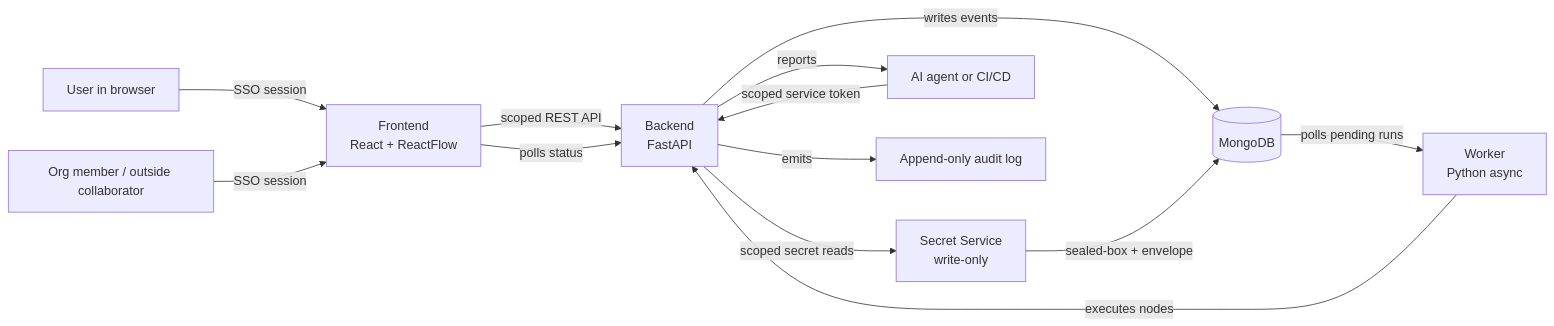
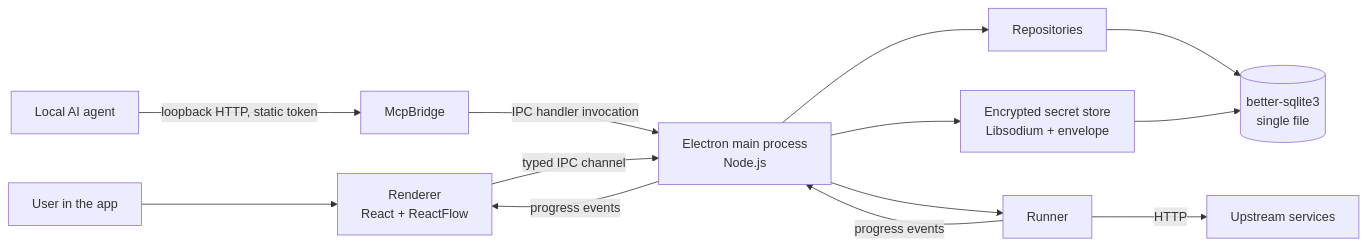
One commit to Kaysharp42/apiweave changed the diagram in docs/reference/architecture.md. Above: the diagram before and after it, drawn with Mermaid. The commit also changed other lines of this file and 21 other files, not shown here.

Commit message:
docs(desktop-25): rewrite all docs for local-first desktop app (drop SSO/webhooks/audit/deployment)

````diff
--- a/docs/reference/architecture.md
+++ b/docs/reference/architecture.md
@@ -11,15 +11,15 @@
 ```mermaid
 graph LR
-    User[User in browser] -->|SSO session| Frontend
-    OrgMember[Org member / outside collaborator] -->|SSO session| Frontend
-    Frontend[Frontend<br/>React + ReactFlow] -->|scoped REST API| Backend
-    Backend[Backend<br/>FastAPI] -->|writes events| MongoDB[(MongoDB)]
-    MongoDB -->|polls pending runs| Worker[Worker<br/>Python async]
-    Worker -->|executes nodes| Backend
-    Backend -->|scoped secret reads| SecretService[Secret Service<br/>write-only]
-    SecretService -->|sealed-box + envelope| MongoDB
-    Frontend -->|polls status| Backend
-    Agent[AI agent or CI/CD] -->|scoped service token| Backend
-    Backend -->|emits| Audit[Append-only audit log]
-    Backend -->|reports| Agent
+    User[User in the app] --> Renderer
+    Agent[Local AI agent] -->|loopback HTTP, static token| McpBridge
+    McpBridge -->|IPC handler invocation| MainProcess
+    Renderer[Renderer<br/>React + ReactFlow] -->|typed IPC channel| MainProcess
+    MainProcess[Electron main process<br/>Node.js] --> Repositories
+    Repositories --> SQLite[(better-sqlite3<br/>single file)]
+    MainProcess --> Runner
+    Runner -->|HTTP| Upstream[Upstream services]
+    MainProcess --> SecretStore[Encrypted secret store<br/>Libsodium + envelope]
+    SecretStore --> SQLite
+    Runner -->|progress events| MainProcess
+    MainProcess -->|progress events| Renderer
 ```
````
